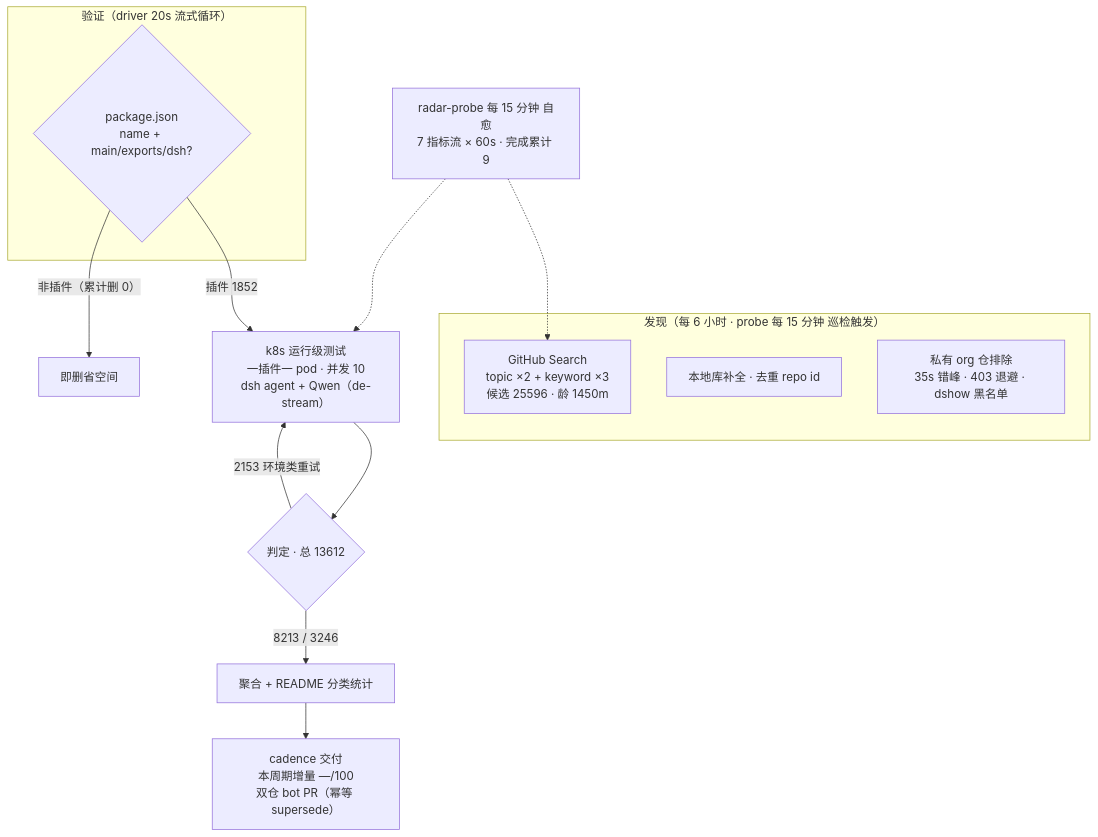
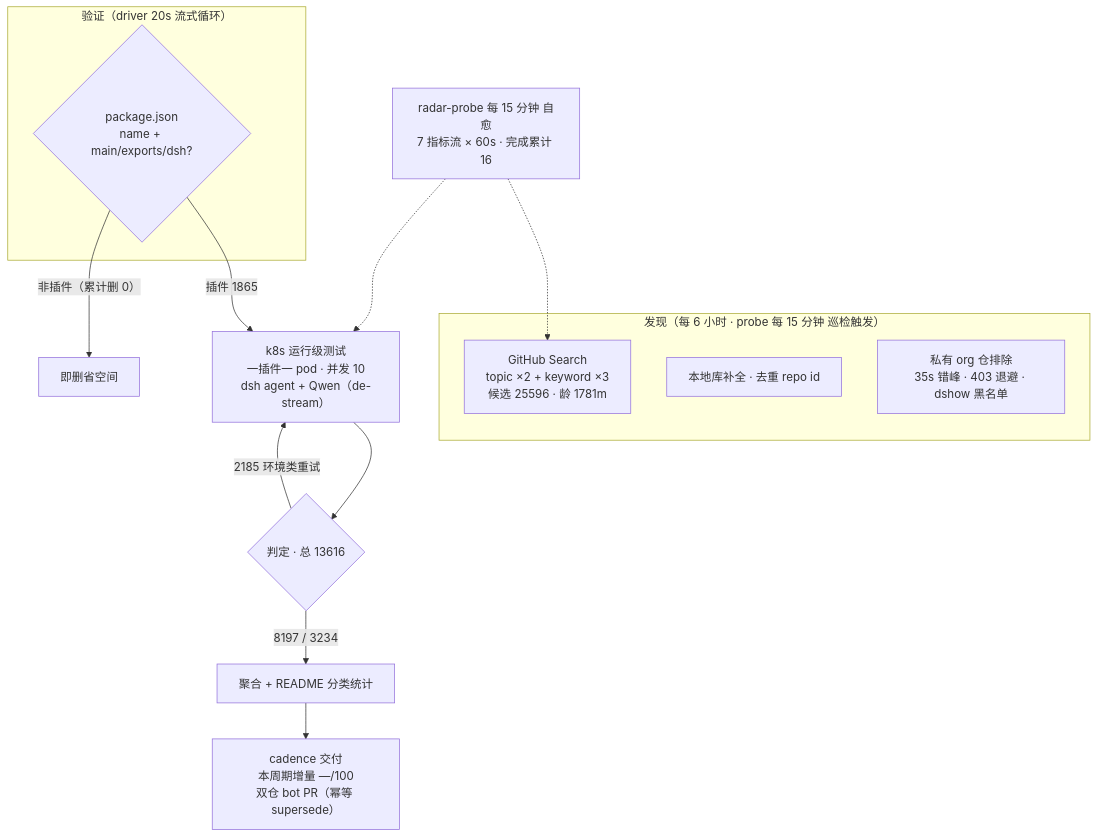
Before and after one commit to Zhidao-Lab-OSS/awesome-dsh-plugins: the diagram in README.md, drawn with Mermaid. The commit also changed other lines of this file and 1 other file, not shown here.

````diff
--- a/README.md
+++ b/README.md
@@ -54,20 +54,20 @@
 ```mermaid
 flowchart TB
     subgraph Discovery["发现（每 6 小时 · probe 每 15 分钟 巡检触发）"]
-        A1["GitHub Search<br/>topic ×2 + keyword ×3<br/>候选 25596 · 龄 1450m"]
+        A1["GitHub Search<br/>topic ×2 + keyword ×3<br/>候选 25596 · 龄 1781m"]
         A2["本地库补全 · 去重 repo id"]
         A3["私有 org 仓排除<br/>35s 错峰 · 403 退避 · dshow 黑名单"]
     end
     subgraph Validation["验证（driver 20s 流式循环）"]
         B1{"package.json<br/>name + main/exports/dsh?"}
     end
-    B1 -->|"插件 1852"| C1["k8s 运行级测试<br/>一插件一 pod · 并发 10<br/>dsh agent + Qwen（de-stream）"]
+    B1 -->|"插件 1865"| C1["k8s 运行级测试<br/>一插件一 pod · 并发 10<br/>dsh agent + Qwen（de-stream）"]
     B1 -->|"非插件（累计删 0）"| B3["即删省空间"]
-    C1 --> D1{"判定 · 总 13612"}
-    D1 -->|"8213 / 3246"| E1["聚合 + README 分类统计"]
-    D1 -->|"2153 环境类重试"| C1
+    C1 --> D1{"判定 · 总 13616"}
+    D1 -->|"8197 / 3234"| E1["聚合 + README 分类统计"]
+    D1 -->|"2185 环境类重试"| C1
     E1 --> E2["cadence 交付<br/>本周期增量 —/100<br/>双仓 bot PR（幂等 supersede）"]
-    M["radar-probe 每 15 分钟 自愈<br/>7 指标流 × 60s · 完成累计 9"]
+    M["radar-probe 每 15 分钟 自愈<br/>7 指标流 × 60s · 完成累计 16"]
     M -.-> A1
     M -.-> C1
 ```
````
